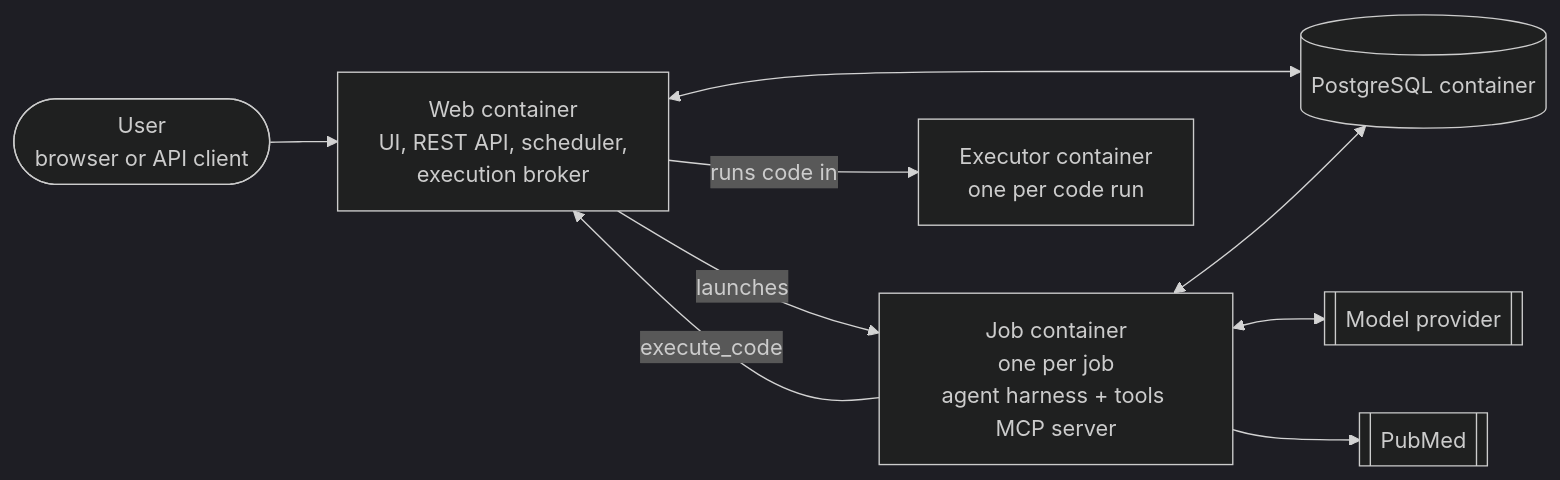
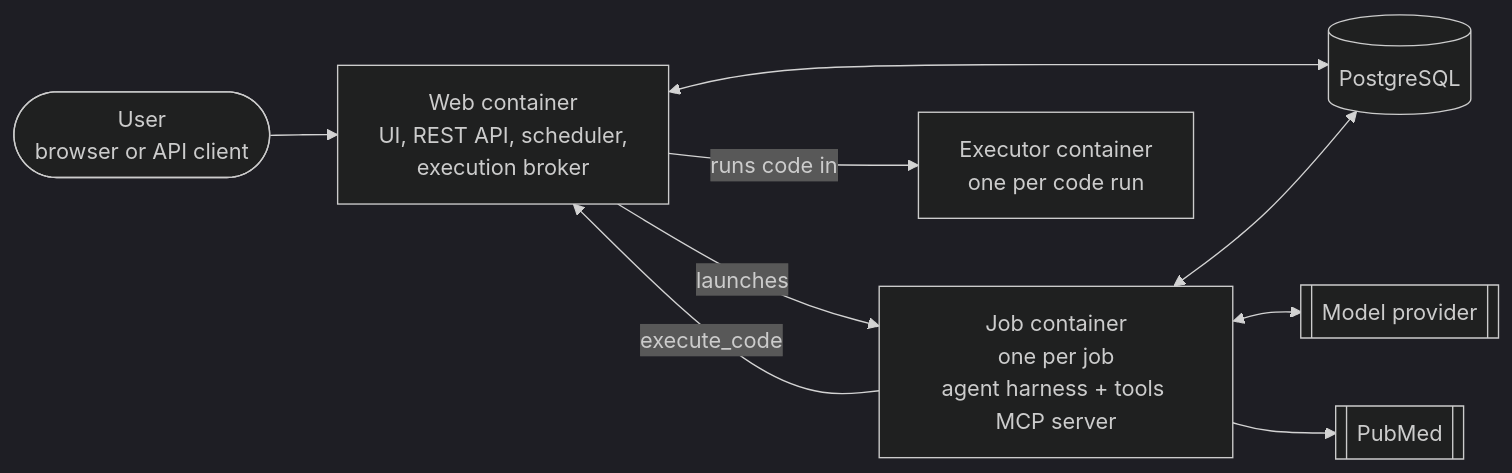
The first of 2 diagrams in docs/architecture.md (openscientist-io/openscientist-docs), drawn with Mermaid (dark theme) before and after one commit. The commit also changed other lines of this file, not shown here.

Commit message:
Describe PostgreSQL as the database, not a container

````diff
--- a/docs/architecture.md
+++ b/docs/architecture.md
@@ -23,20 +23,20 @@
 ```mermaid
 flowchart LR
     user(["User<br/>browser or API client"]) --> web
 
     web["Web container<br/>UI, REST API, scheduler,<br/>execution broker"]
-    db[("PostgreSQL container")]
+    db[("PostgreSQL")]
     job["Job container<br/>one per job<br/>agent harness + tools MCP server"]
     exec["Executor container<br/>one per code run"]
 
     llm[["Model provider"]]
     pubmed[["PubMed"]]
 
     web <--> db
     web -- launches --> job
     job <--> db
     job -- execute_code --> web
     web -- runs code in --> exec
     job <--> llm
     job --> pubmed
 ```
````
